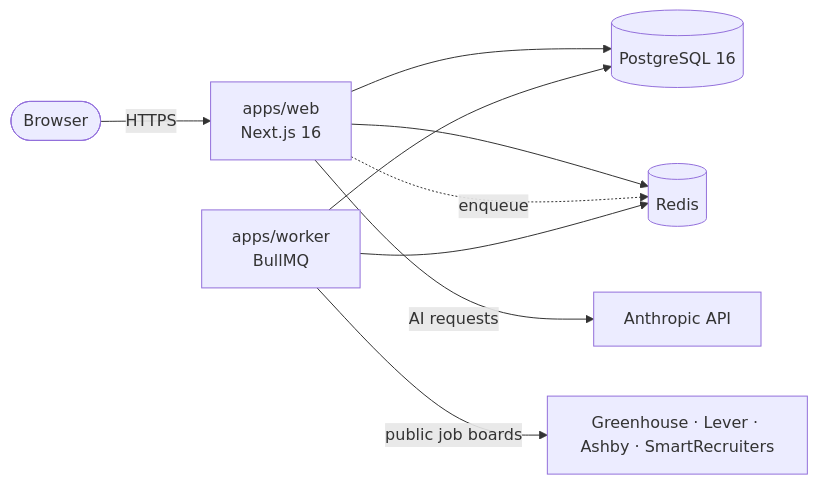
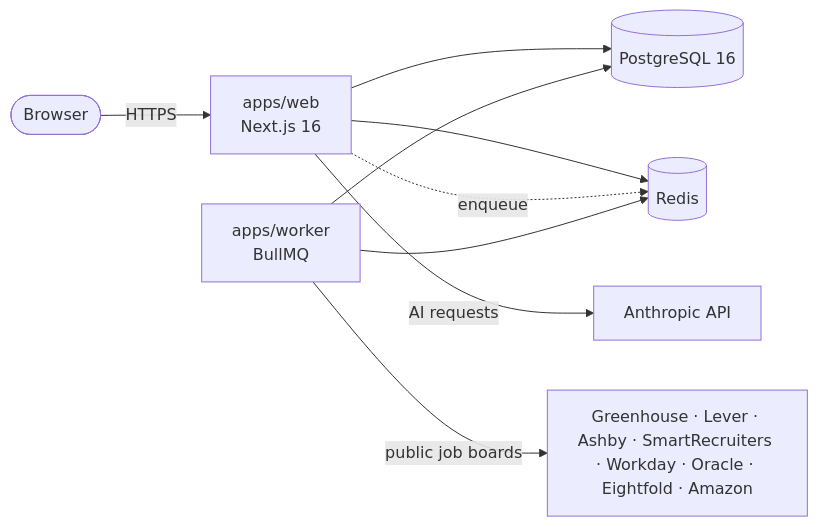
The diagram in README.md (HimaSundharRaju/NextRole), drawn with Mermaid before and after one commit. The commit also changed other lines of this file and 44 other files, not shown here.

First line of the commit message:
Add Workday, Oracle, Eightfold and Amazon job boards, company discovery and safer syncs

````diff
--- a/README.md
+++ b/README.md
@@ -28,11 +28,11 @@
 ```mermaid
 flowchart LR
   browser([Browser]) -->|HTTPS| web["apps/web<br/>Next.js 16"]
   web --> pg[(PostgreSQL 16)]
   web --> redis[(Redis)]
   web -->|AI requests| anthropic[Anthropic API]
   web -. enqueue .-> redis
   worker["apps/worker<br/>BullMQ"] --> pg
   worker --> redis
-  worker -->|public job boards| ats[Greenhouse · Lever · Ashby · SmartRecruiters]
+  worker -->|public job boards| ats[Greenhouse · Lever · Ashby · SmartRecruiters · Workday · Oracle · Eightfold · Amazon]
 ```
````
